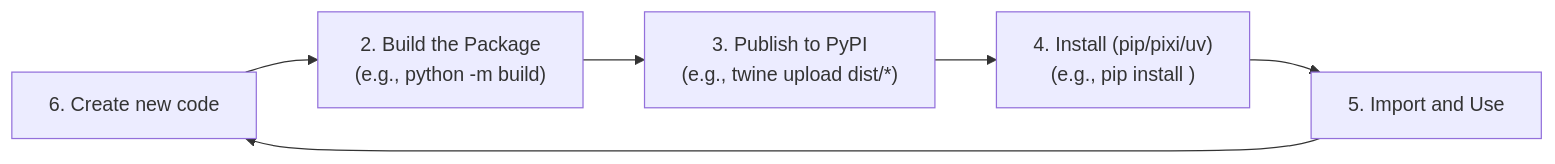
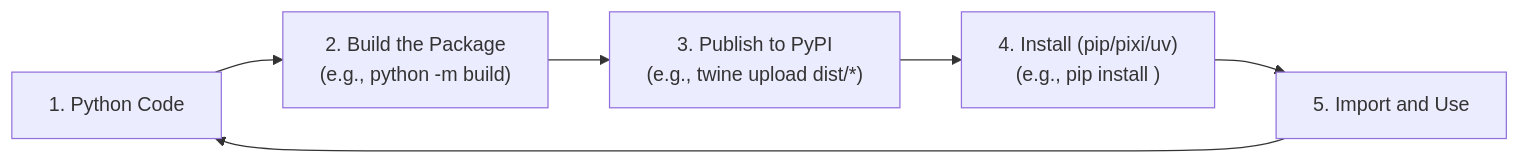
Before and after one commit to priya-gitTest/Python-Packaging-with-Pixi: the diagram in episodes/intoduction_python_packaging.md, drawn with Mermaid.

````diff
--- a/episodes/intoduction_python_packaging.md
+++ b/episodes/intoduction_python_packaging.md
@@ -40,8 +40,8 @@
 ```mermaid
 graph LR
     A["1. Python Code"] --> B["2. Build the Package<br/>(e.g., python -m build)"]
     B --> C["3. Publish to PyPI<br/>(e.g., twine upload dist/*)"]
     C --> D["4. Install (pip/pixi/uv)<br/>(e.g., pip install <package>)"]
     D --> E["5. Import and Use"]
-    E --> A["6. Create new code"]
+    E --> A
 ```
````
